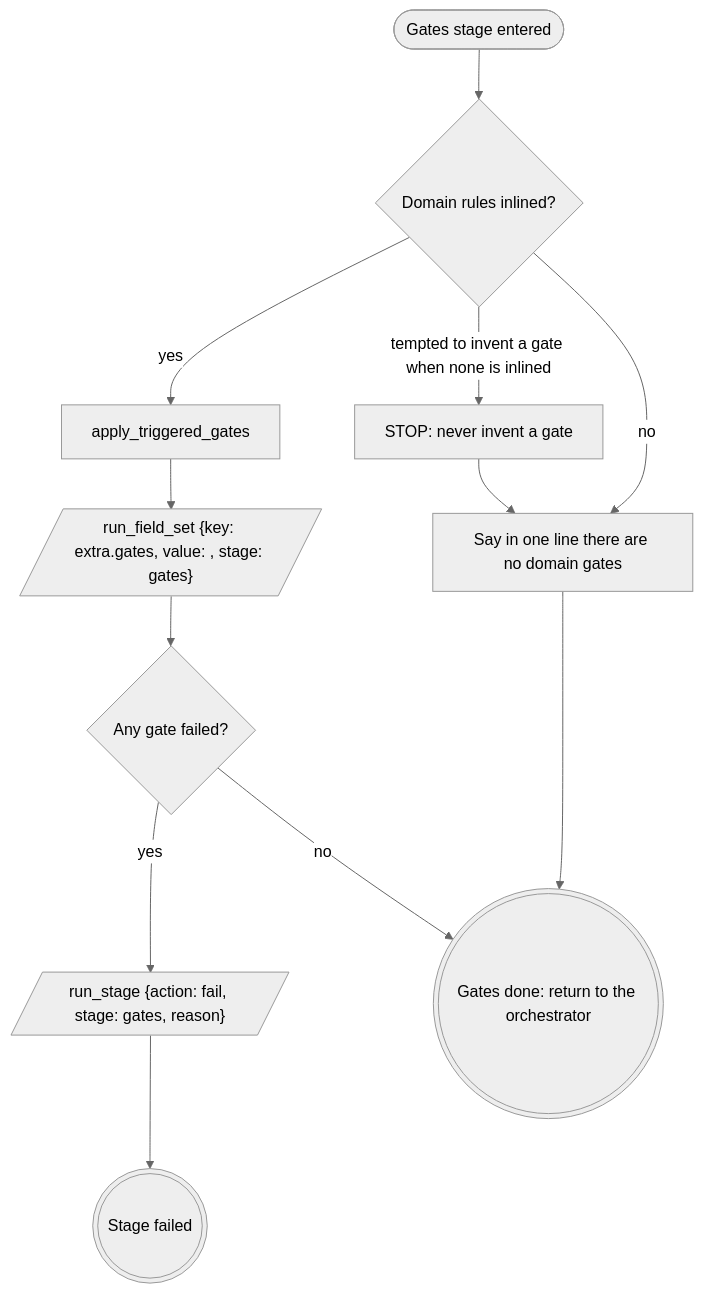
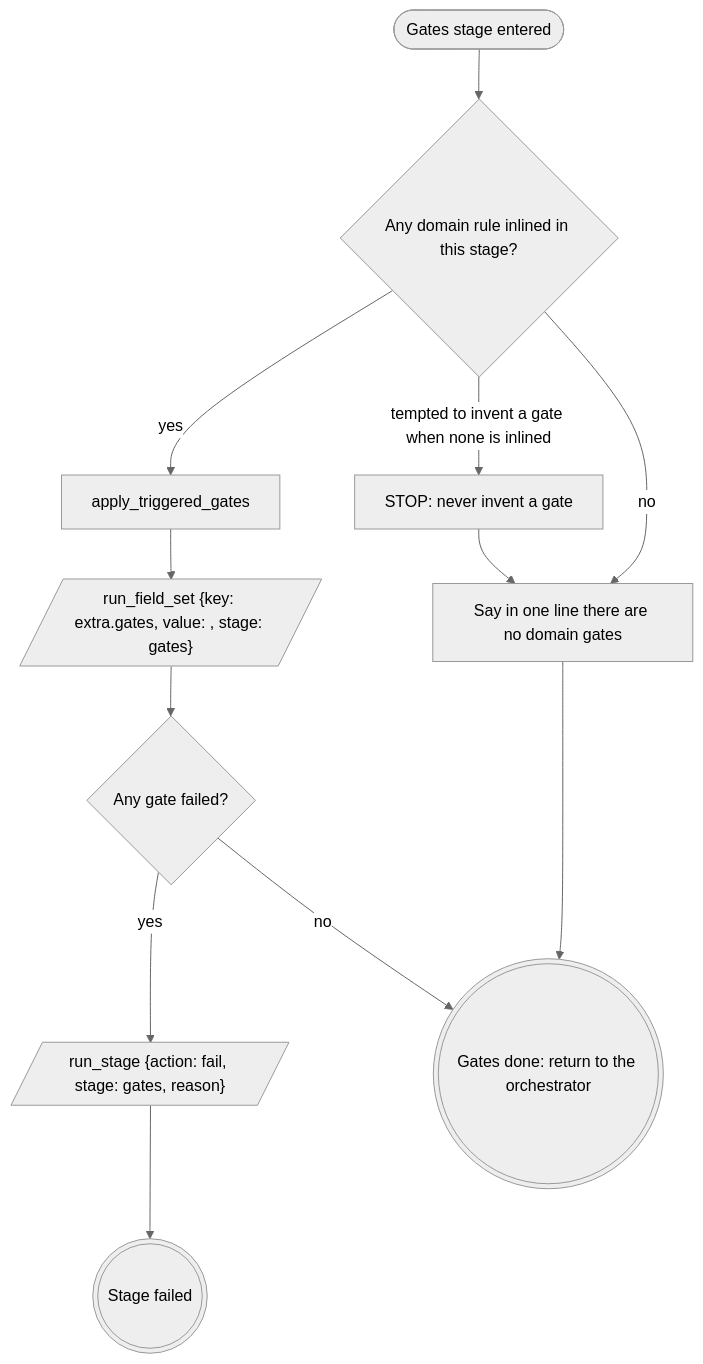
One commit to m4ttstack/mattstack changed the diagram in plugins/mattstack/attachments/pipeline/stage-gates/index.block.md. Above: the diagram before and after it, drawn with Mermaid (neutral theme). The commit also changed 31 other files, not shown here.

Commit message:
mattstack: stage domain-rules diamonds hold when rules sit at the step

````diff
--- a/plugins/mattstack/attachments/pipeline/stage-gates/index.block.md
+++ b/plugins/mattstack/attachments/pipeline/stage-gates/index.block.md
@@ -22,25 +22,25 @@
 ```mermaid
 flowchart TB
 %% name: gates
     gates_entered([Gates stage entered])
-    domain_rules_inlined{Domain rules inlined?}
+    domain_rules_inlined{Any domain rule inlined in this stage?}
     say_no_gates[Say in one line there are no domain gates]
     stop_invented_gate[STOP: never invent a gate]:::stop
     apply_triggered_gates
     run_field_set_gates[/"run_field_set {key: extra.gates, value: <the gates that fired>, stage: gates}"/]
     any_gate_failed{Any gate failed?}
     run_stage_fail[/"run_stage {action: fail, stage: gates, reason}"/]
     stage_failed(((Stage failed)))
     gates_done(((Gates done: return to the orchestrator))):::done
     gates_entered --> domain_rules_inlined
     domain_rules_inlined -->|no| say_no_gates
     domain_rules_inlined -->|yes| apply_triggered_gates
     say_no_gates --> gates_done
     domain_rules_inlined -->|tempted to invent a gate when none is inlined| stop_invented_gate
     stop_invented_gate --> say_no_gates
     apply_triggered_gates --> run_field_set_gates
     run_field_set_gates --> any_gate_failed
     any_gate_failed -->|yes| run_stage_fail
     any_gate_failed -->|no| gates_done
     run_stage_fail --> stage_failed
 ```
````
